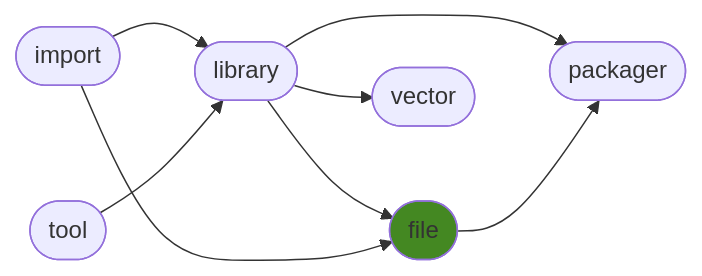
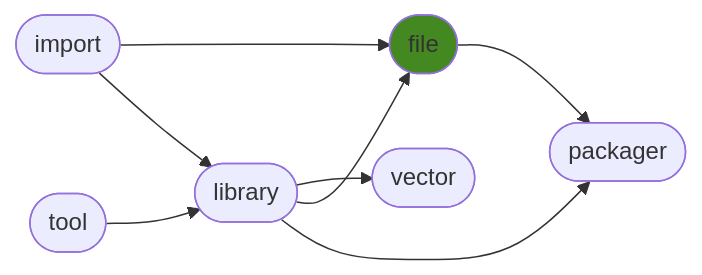
The diagram in README.md (ManderaGeneral/generalfile), drawn with Mermaid before and after one commit. The commit also changed other lines of this file, not shown here.

````diff
--- a/README.md
+++ b/README.md
@@ -24,17 +24,17 @@
 ```mermaid
 flowchart LR
+2([library]) --> 4([vector])
+0([import]) --> 3([file])
+0([import]) --> 2([library])
 2([library]) --> 3([file])
+1([tool]) --> 2([library])
 2([library]) --> 5([packager])
-0([import]) --> 2([library])
-1([tool]) --> 2([library])
-0([import]) --> 3([file])
 3([file]) --> 5([packager])
-2([library]) --> 4([vector])
 click 0 "https://github.com/ManderaGeneral/generalimport"
 click 1 "https://github.com/ManderaGeneral/generaltool"
 click 2 "https://github.com/ManderaGeneral/generallibrary"
 click 3 "https://github.com/ManderaGeneral/generalfile"
 click 4 "https://github.com/ManderaGeneral/generalvector"
 click 5 "https://github.com/ManderaGeneral/generalpackager"
 style 3 fill:#482
 ```
````
